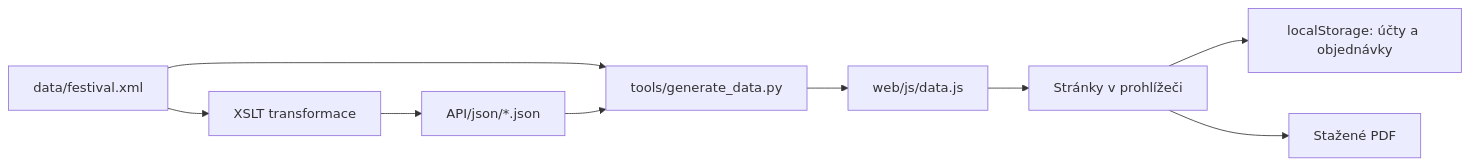
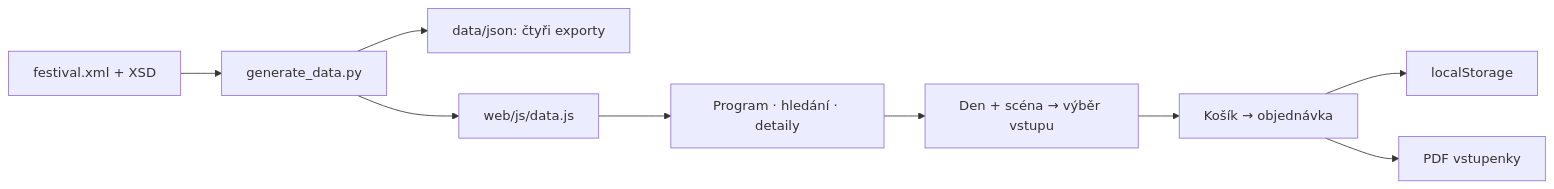
The diagram in docs/PROJECT-GUIDE.md (Ladrys/webdesign), drawn with Mermaid before and after one commit. The commit also changed other lines of this file and 204 other files, not shown here.

````diff
--- a/docs/PROJECT-GUIDE.md
+++ b/docs/PROJECT-GUIDE.md
@@ -88,11 +8,11 @@
 ```mermaid
 flowchart LR
-    XML["data/festival.xml"] --> XSLT["XSLT transformace"]
-    XSLT --> JSON["API/json/*.json"]
-    XML --> GEN["tools/generate_data.py"]
-    JSON --> GEN
-    GEN --> DATA["web/js/data.js"]
-    DATA --> WEB["Stránky v prohlížeči"]
-    WEB --> LOCAL["localStorage: účty a objednávky"]
-    WEB --> PDF["Stažené PDF"]
+    X["festival.xml + XSD"] --> G["generate_data.py"]
+    G --> J["data/json: čtyři exporty"]
+    G --> W["web/js/data.js"]
+    W --> P["Program · hledání · detaily"]
+    P --> T["Den + scéna → výběr vstupu"]
+    T --> C["Košík → objednávka"]
+    C --> S["localStorage"]
+    C --> F["PDF vstupenky"]
 ```
````
